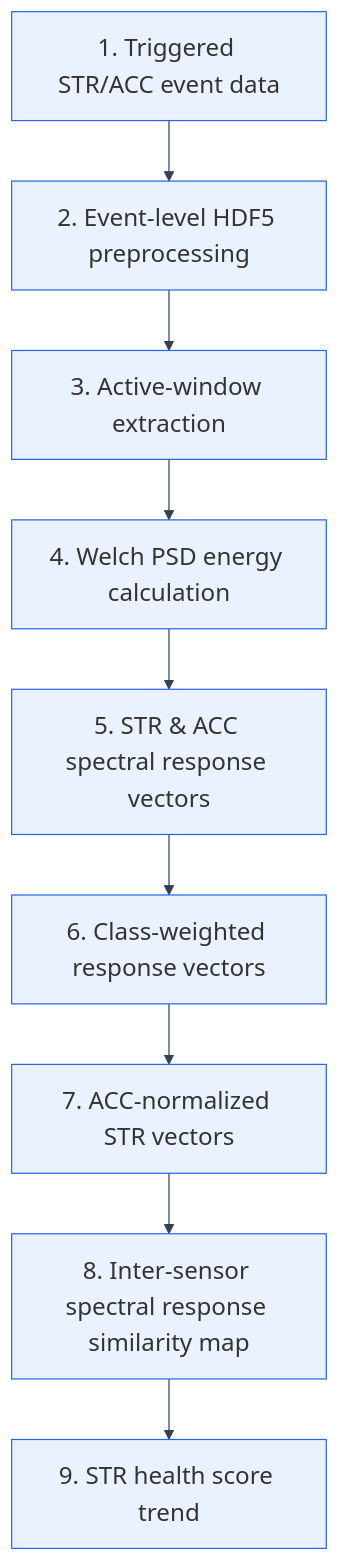
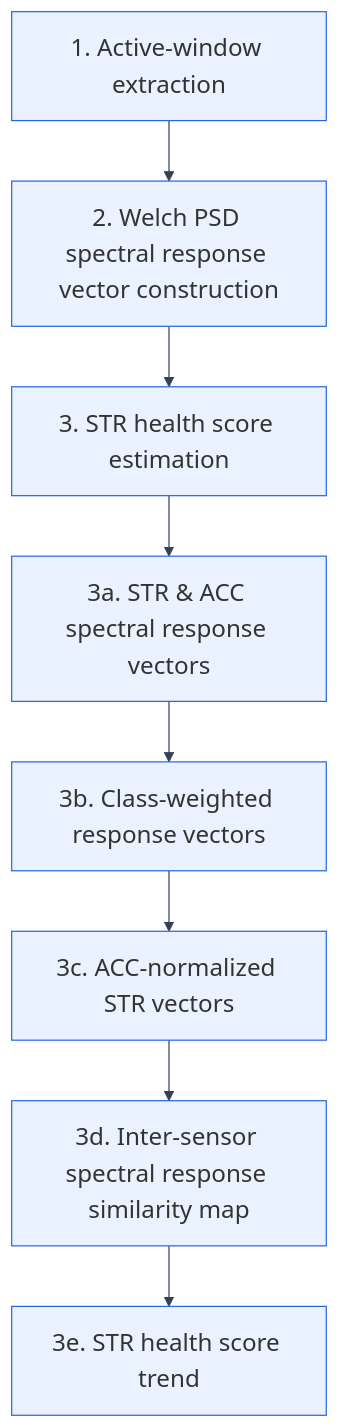
Before and after one commit to Kimyongmin1018/EWSHM-2026-Students-and-young-professionals-Challenge: the diagram in README.md, drawn with Mermaid. The commit also changed other lines of this file, not shown here.

Commit message:
Refresh challenge README and add compact samples

````diff
--- a/README.md
+++ b/README.md
@@ -41,12 +41,15 @@
 ```mermaid
 %%{init: {"theme": "base", "themeVariables": {"fontSize": "20px", "fontFamily": "Arial", "primaryColor": "#EAF2FF", "primaryBorderColor": "#2563EB", "lineColor": "#334155", "tertiaryColor": "#F8FAFC"}}}%%
 flowchart TB
-    A["1. Triggered STR/ACC event data"] --> B["2. Event-level HDF5 preprocessing"]
-    B --> C["3. Active-window extraction"]
-    C --> D["4. Welch PSD energy calculation"]
-    D --> E["5. STR & ACC spectral response vectors"]
-    E --> F["6. Class-weighted response vectors"]
-    F --> G["7. ACC-normalized STR vectors"]
-    G --> H["8. Inter-sensor spectral response similarity map"]
-    H --> I["9. STR health score trend"]
+    A["1. Active-window extraction"]
+    B["2. Welch PSD spectral response vector construction"]
+    C["3. STR health score estimation"]
+
+    A --> B --> C
+
+    C --> C1["3a. STR & ACC spectral response vectors"]
+    C1 --> C2["3b. Class-weighted response vectors"]
+    C2 --> C3["3c. ACC-normalized STR vectors"]
+    C3 --> C4["3d. Inter-sensor spectral response similarity map"]
+    C4 --> C5["3e. STR health score trend"]
 ```
````
